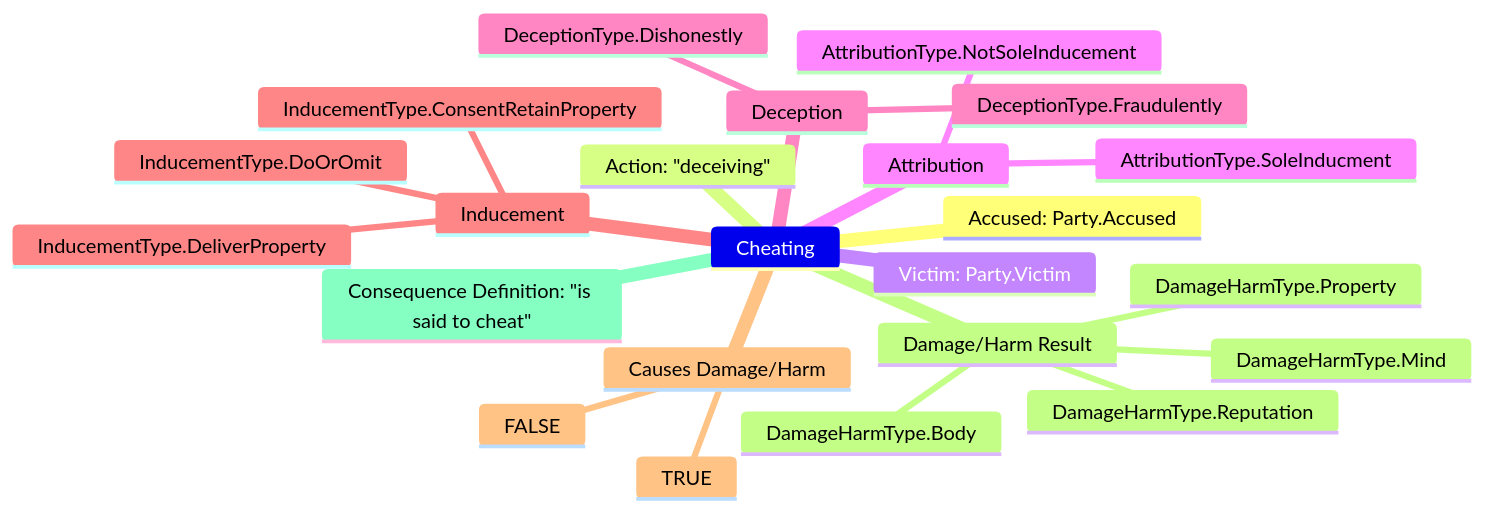
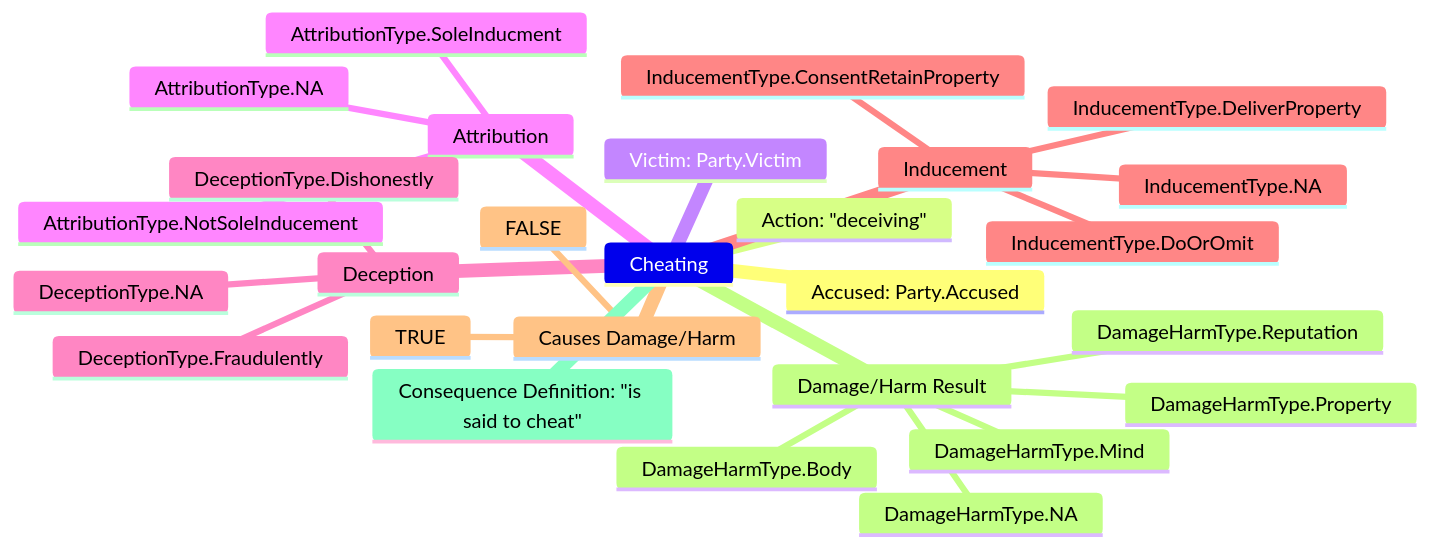
Before and after one commit to gongahkia/yuho: the first of 2 diagrams in doc/reworkedSampleCheating.md, drawn with Mermaid. The commit also changed other lines of this file and 2 other files, not shown here.

````diff
--- a/doc/reworkedSampleCheating.md
+++ b/doc/reworkedSampleCheating.md
@@ -127,26 +127,30 @@
 ```mermaid
 mindmap
     Cheating
       Accused: Party.Accused
       Action: "deceiving"
       Victim: Party.Victim
       Attribution
         AttributionType.SoleInducment
         AttributionType.NotSoleInducement
+        AttributionType.NA
       Deception
         DeceptionType.Fraudulently
         DeceptionType.Dishonestly
+        DeceptionType.NA
       Inducement
         InducementType.DeliverProperty
         InducementType.ConsentRetainProperty
         InducementType.DoOrOmit
+        InducementType.NA
       Causes Damage/Harm
         TRUE
         FALSE
       Damage/Harm Result
         DamageHarmType.Body
         DamageHarmType.Mind
         DamageHarmType.Reputation
         DamageHarmType.Property
+        DamageHarmType.NA
       Consequence Definition: "is said to cheat"
 ```
````
